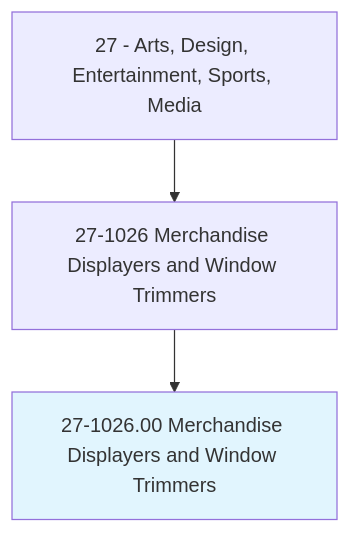
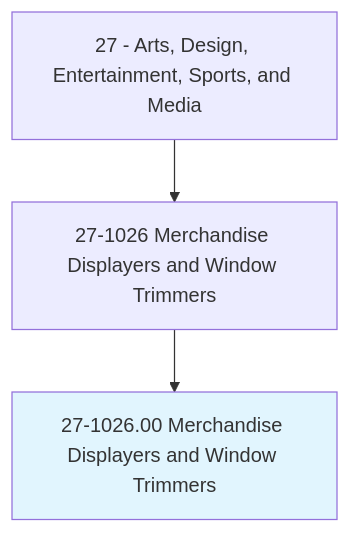
The first of 4 diagrams in occupations/ArtsMedia/MerchandiseDisplayersAndWindowTrimmers.mdx (kziemski/business.org.ai), drawn with Mermaid before and after one commit. The commit also changed other lines of this file and 938 other files, not shown here.

````diff
--- a/occupations/ArtsMedia/MerchandiseDisplayersAndWindowTrimmers.mdx
+++ b/occupations/ArtsMedia/MerchandiseDisplayersAndWindowTrimmers.mdx
@@ -19,6 +23,6 @@
 ```mermaid
 graph TD
-    Cat27["27 - Arts, Design, Entertainment, Sports, Media"] --> Group271026["27-1026 Merchandise Displayers and Window Trimmers"]
+    Cat27["27 - Arts, Design, Entertainment, Sports, and Media"] --> Group271026["27-1026 Merchandise Displayers and Window Trimmers"]
     Group271026 --> Current["27-1026.00 Merchandise Displayers and Window Trimmers"]
     style Current fill:#e1f5fe
 ```
````
